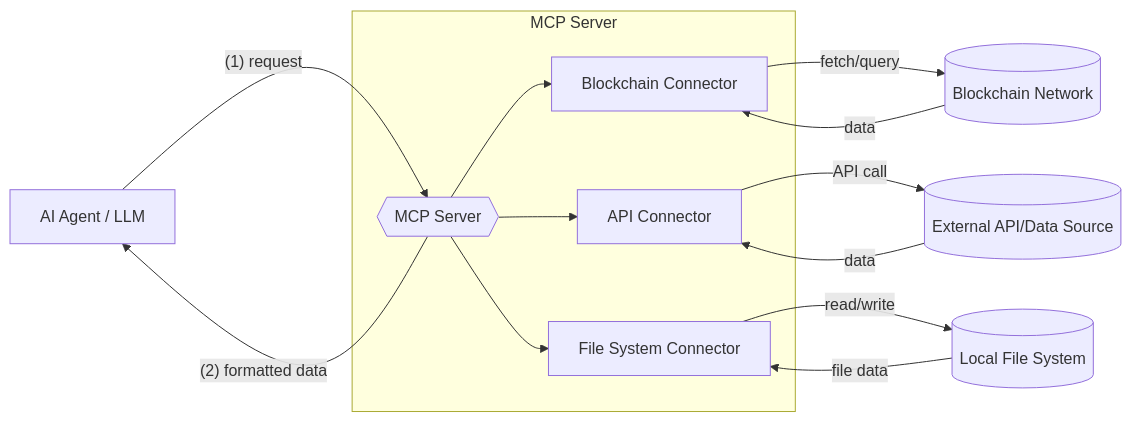
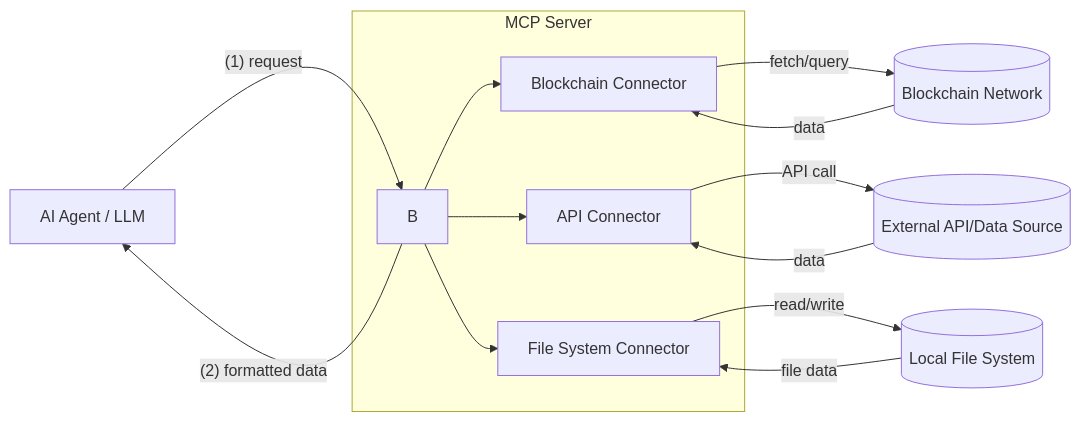
One commit to settlemint/sdk changed the first of 2 diagrams in sdk/mcp/README.md. Above: the diagram before and after it, drawn with Mermaid. The commit also changed other lines of this file and 5 other files, not shown here.

````diff
--- a/sdk/mcp/README.md
+++ b/sdk/mcp/README.md
@@ -89,16 +118,16 @@
 ```mermaid
 flowchart LR
-    A[AI Agent / LLM] --(1) request--> B{{MCP Server}}
+    A[AI Agent / LLM] --(1) request--> B
     subgraph MCP Server
         B --> C1[Blockchain Connector]
         B --> C2[API Connector]
         B --> C3[File System Connector]
     end
     C1 -- fetch/query --> D[(Blockchain Network)]
     C2 -- API call --> E[(External API/Data Source)]
     C3 -- read/write --> F[(Local File System)]
     D -- data --> C1
     E -- data --> C2
     F -- file data --> C3
-    B{{MCP Server}} --(2) formatted data--> A[AI Agent / LLM]
+    B --(2) formatted data--> A[AI Agent / LLM]
 ```
````
